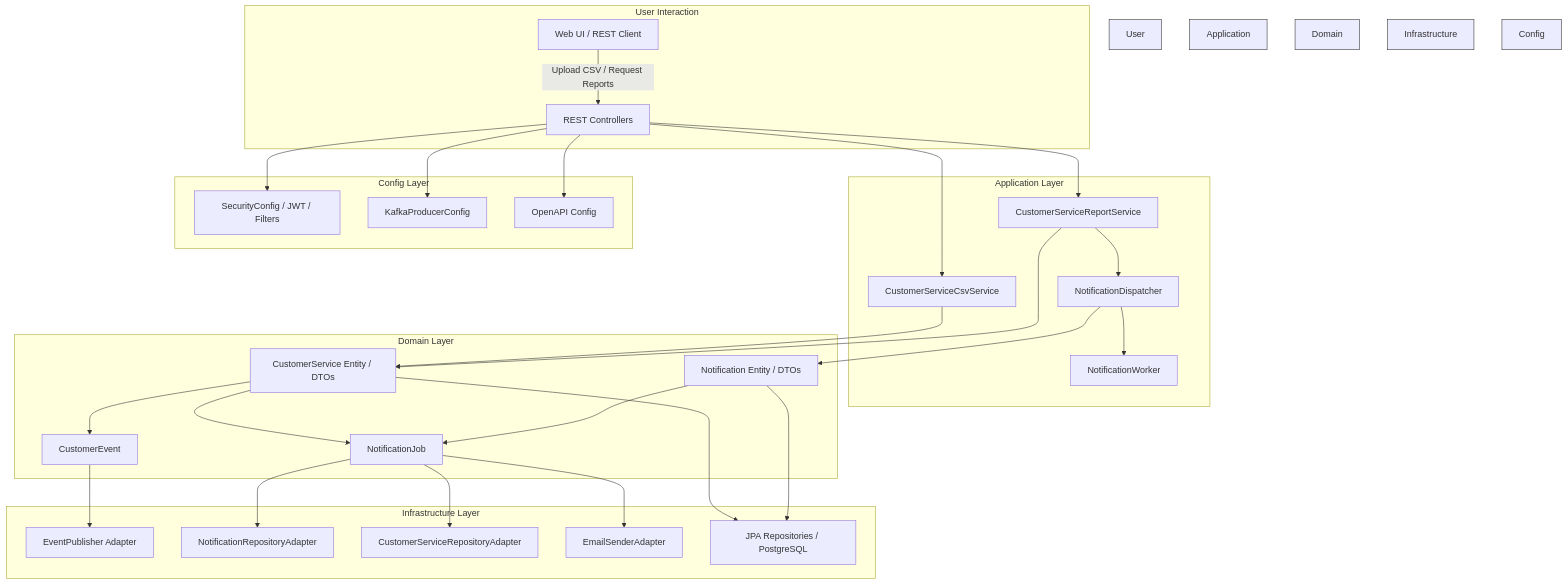
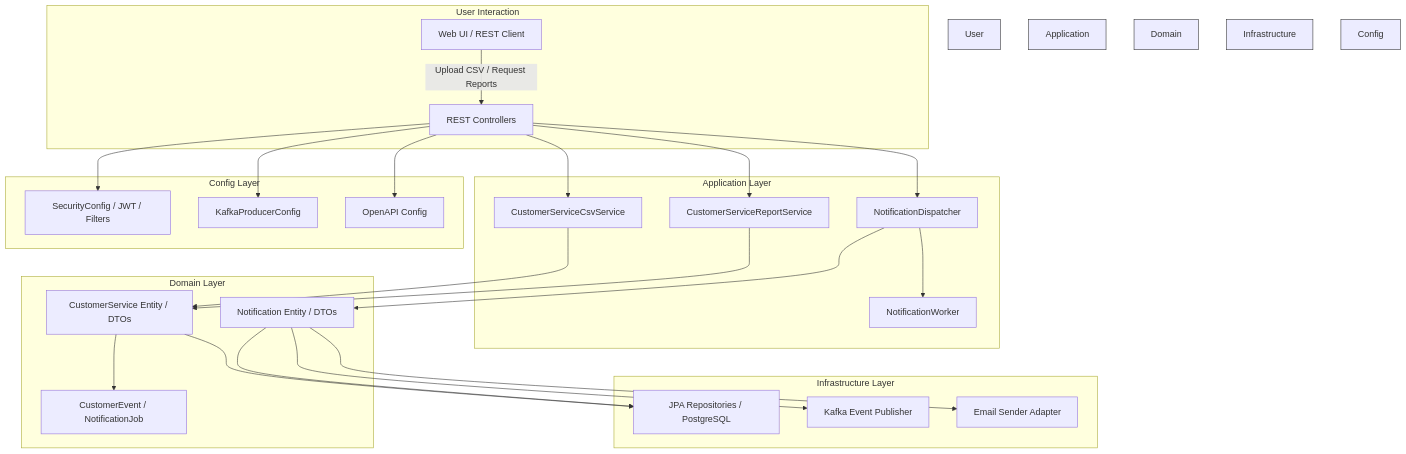
The diagram in README.md (aliporfirio/customer-analysis), drawn with Mermaid before and after one commit.

Commit message:
Added documentations

````diff
--- a/README.md
+++ b/README.md
@@ -57,51 +57,39 @@
 ```mermaid
 graph TD
-    %% User Interaction
     subgraph User Interaction
         A[Web UI / REST Client] -->|Upload CSV / Request Reports| B[REST Controllers]
     end
 
-    %% Application Layer
     subgraph Application Layer
         B --> C[CustomerServiceCsvService]
         B --> D[CustomerServiceReportService]
-        D --> E[NotificationDispatcher]
+        B --> E[NotificationDispatcher]
         E --> F[NotificationWorker]
     end
 
-    %% Domain Layer
     subgraph Domain Layer
         C --> G[CustomerService Entity / DTOs]
         D --> G
         E --> H[Notification Entity / DTOs]
-        G --> I[CustomerEvent]
-        G --> J[NotificationJob]
-        H --> J
+        G --> I[CustomerEvent / NotificationJob]
     end
 
-    %% Infrastructure Layer
     subgraph Infrastructure Layer
-        I --> K[EventPublisher Adapter]
-        J --> L[NotificationRepositoryAdapter]
-        J --> M[CustomerServiceRepositoryAdapter]
-        J --> N[EmailSenderAdapter]
-        G --> P[JPA Repositories / PostgreSQL]
-        H --> P
+        G --> J[JPA Repositories / PostgreSQL]
+        H --> J
+        H --> K[Kafka Event Publisher]
+        H --> L[Email Sender Adapter]
     end
 
-    %% Config Layer
     subgraph Config Layer
-        B --> Q[SecurityConfig / JWT / Filters]
-        B --> R[KafkaProducerConfig]
-        B --> S[OpenAPI Config]
+        B --> M[SecurityConfig / JWT / Filters]
+        B --> N[KafkaProducerConfig]
+        B --> O[OpenAPI Config]
     end
 
-    %% Styling
     style User Interaction fill:#f9f,stroke:#333,stroke-width:1px
     style Application Layer fill:#bbf,stroke:#333,stroke-width:1px
     style Domain Layer fill:#bfb,stroke:#333,stroke-width:1px
     style Infrastructure Layer fill:#ffb,stroke:#333,stroke-width:1px
     style Config Layer fill:#fbb,stroke:#333,stroke-width:1px
-
-
 ```
````
